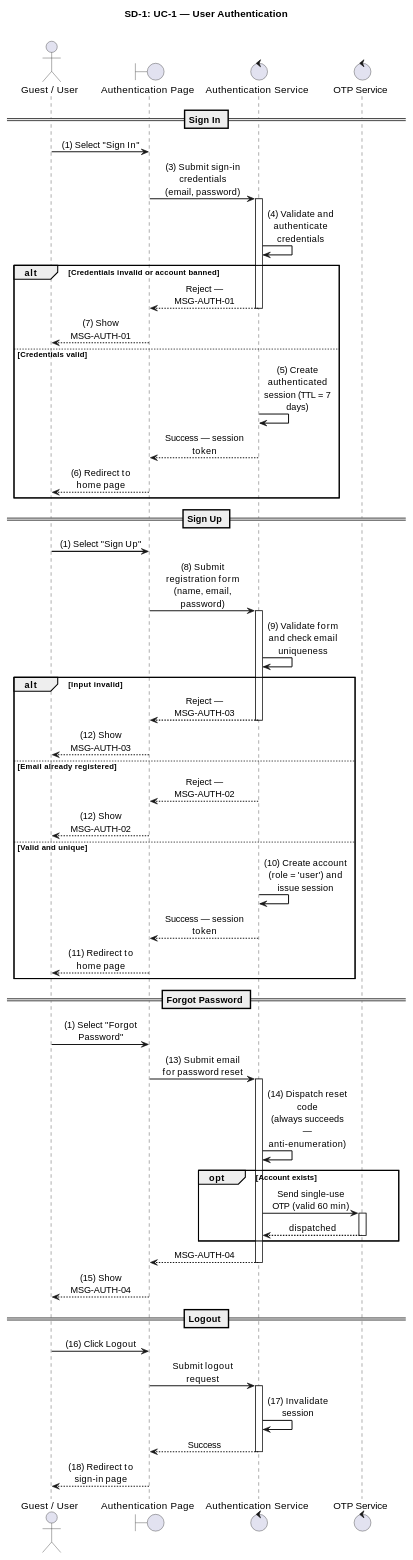
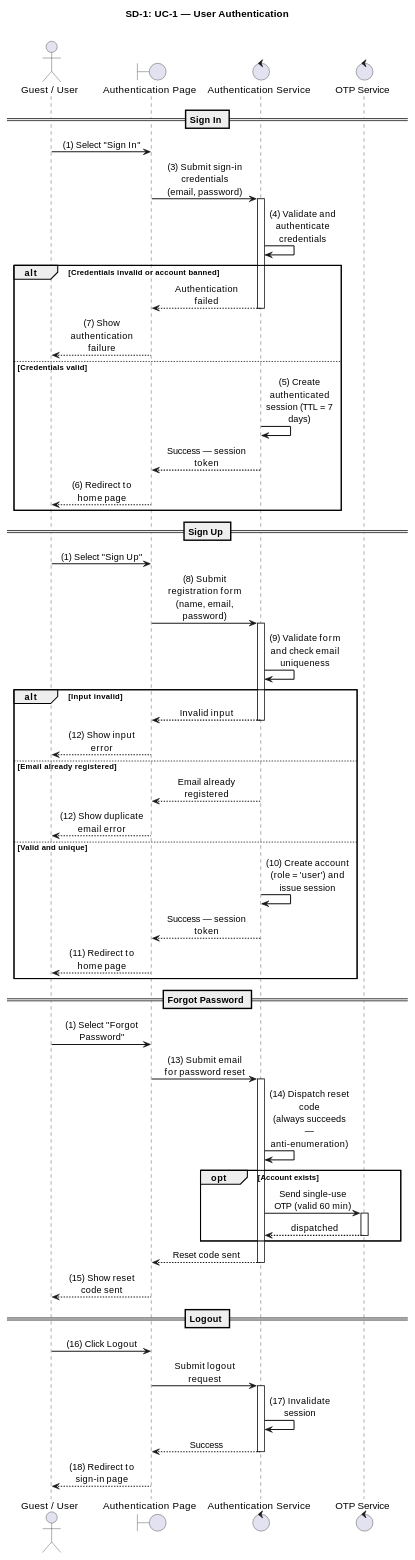
Before and after one commit to luubinhdeptrai/Food_Delivery: the first of 35 diagrams in apps/api/docs/Final_Documents/SRS_SequenceDiagrams.md, drawn with PlantUML. The commit also changed other lines of this file, not shown here.

Commit message:
complete sequence diagram

```diff
--- a/apps/api/docs/Final_Documents/SRS_SequenceDiagrams.md
+++ b/apps/api/docs/Final_Documents/SRS_SequenceDiagrams.md
@@ -70,9 +79,9 @@
 AuthSvc -> AuthSvc : (4) Validate and authenticate credentials
 
 alt Credentials invalid or account banned
-    AuthSvc --> UI : Reject — MSG-AUTH-01
+    AuthSvc --> UI : Authentication failed
     deactivate AuthSvc
-    UI --> Actor : (7) Show MSG-AUTH-01
+    UI --> Actor : (7) Show authentication failure
 else Credentials valid
     AuthSvc -> AuthSvc : (5) Create authenticated session (TTL = 7 days)
     AuthSvc --> UI : Success — session token
@@ -89,13 +98,13 @@
 AuthSvc -> AuthSvc : (9) Validate form and check email uniqueness
 
 alt Input invalid
-    AuthSvc --> UI : Reject — MSG-AUTH-03
+    AuthSvc --> UI : Invalid input
     deactivate AuthSvc
-    UI --> Actor : (12) Show MSG-AUTH-03
+    UI --> Actor : (12) Show input error
 else Email already registered
-    AuthSvc --> UI : Reject — MSG-AUTH-02
+    AuthSvc --> UI : Email already registered
     deactivate AuthSvc
-    UI --> Actor : (12) Show MSG-AUTH-02
+    UI --> Actor : (12) Show duplicate email error
 else Valid and unique
     AuthSvc -> AuthSvc : (10) Create account (role = 'user') and issue session
     AuthSvc --> UI : Success — session token
@@ -118,9 +127,9 @@
     deactivate OTPSvc
 end
 
-AuthSvc --> UI : MSG-AUTH-04
+AuthSvc --> UI : Reset code sent
 deactivate AuthSvc
-UI --> Actor : (15) Show MSG-AUTH-04
+UI --> Actor : (15) Show reset code sent
 
 == Logout ==
 
```
